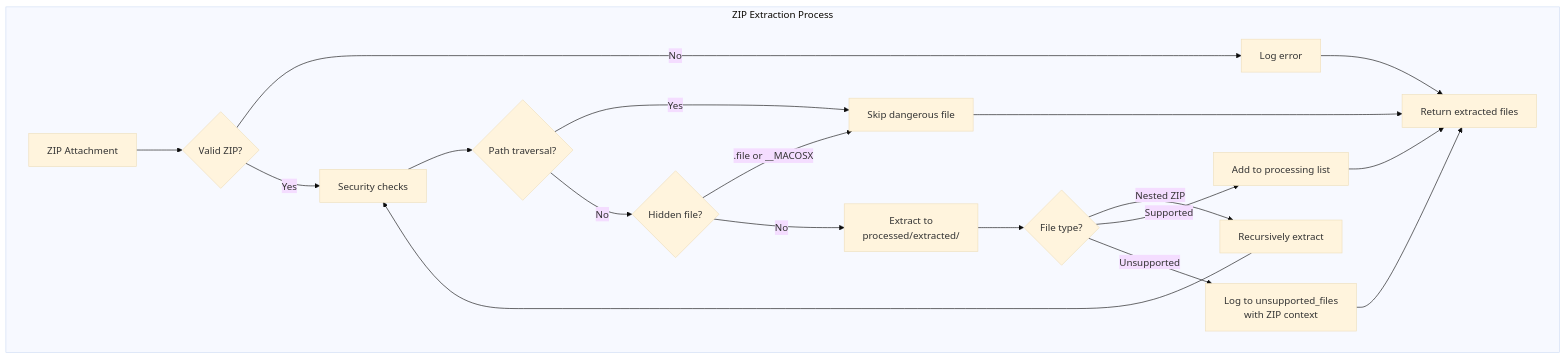
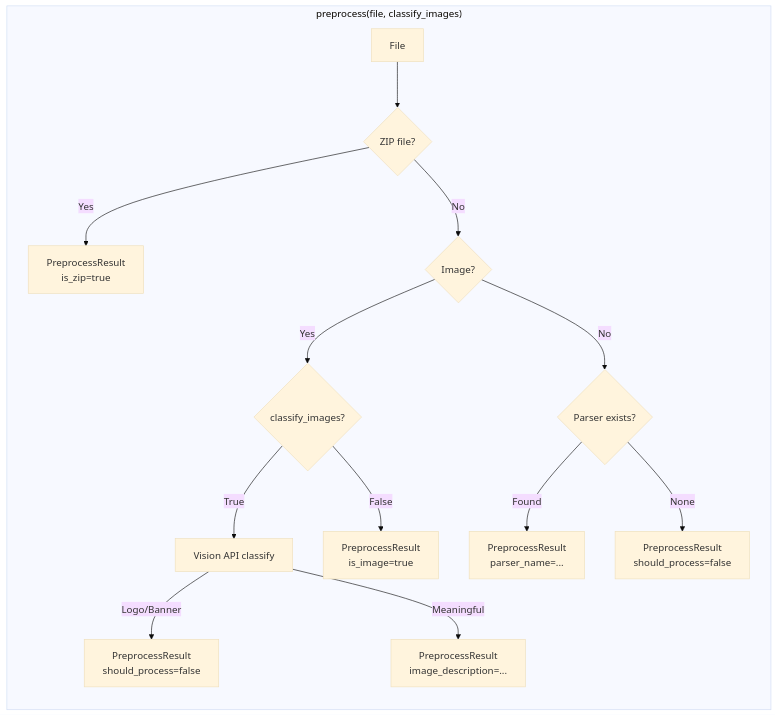
The third of 7 diagrams in docs/processing-flow.md (jwillmer/NCL), drawn with Mermaid (base theme) before and after one commit. The commit also changed other lines of this file and 21 other files, not shown here.

````diff
--- a/docs/processing-flow.md
+++ b/docs/processing-flow.md
@@ -128,29 +130,21 @@
 ```mermaid
-flowchart TD
-    subgraph ZIPFlow["ZIP Extraction Process"]
-        ZIPFILE[ZIP Attachment] --> VALIDATE{Valid ZIP?}
+flowchart LR
+    subgraph Preprocess["preprocess(file, classify_images)"]
+        INPUT[File] --> CHECK_ZIP{ZIP file?}
 
-        VALIDATE --> |No| ERROR[Log error]
-        VALIDATE --> |Yes| SECURITY[Security checks]
+        CHECK_ZIP --> |Yes| ZIP_RESULT[PreprocessResult<br/>is_zip=true]
+        CHECK_ZIP --> |No| CHECK_IMG{Image?}
 
-        SECURITY --> PATHCHECK{Path traversal?}
-        PATHCHECK --> |Yes| SKIPFILE[Skip dangerous file]
-        PATHCHECK --> |No| HIDDEN{Hidden file?}
+        CHECK_IMG --> |Yes| CLASSIFY{classify_images?}
+        CHECK_IMG --> |No| CHECK_PARSER{Parser exists?}
 
-        HIDDEN --> |.file or __MACOSX| SKIPFILE
-        HIDDEN --> |No| EXTRACT[Extract to<br/>processed/extracted/]
+        CLASSIFY --> |True| VISION[Vision API classify]
+        CLASSIFY --> |False| IMG_RESULT[PreprocessResult<br/>is_image=true]
 
-        EXTRACT --> CHECKTYPE{File type?}
+        VISION --> |Logo/Banner| SKIP_RESULT[PreprocessResult<br/>should_process=false]
+        VISION --> |Meaningful| DESC_RESULT[PreprocessResult<br/>image_description=...]
 
-        CHECKTYPE --> |Nested ZIP| RECURSE[Recursively extract]
-        RECURSE --> SECURITY
-
-        CHECKTYPE --> |Supported| ADDLIST[Add to processing list]
-        CHECKTYPE --> |Unsupported| LOGUNSUP[Log to unsupported_files<br/>with ZIP context]
-
-        ADDLIST --> RETURN[Return extracted files]
-        LOGUNSUP --> RETURN
-        SKIPFILE --> RETURN
-        ERROR --> RETURN
+        CHECK_PARSER --> |Found| PARSER_RESULT[PreprocessResult<br/>parser_name=...]
+        CHECK_PARSER --> |None| UNSUP_RESULT[PreprocessResult<br/>should_process=false]
     end
 ```
````
